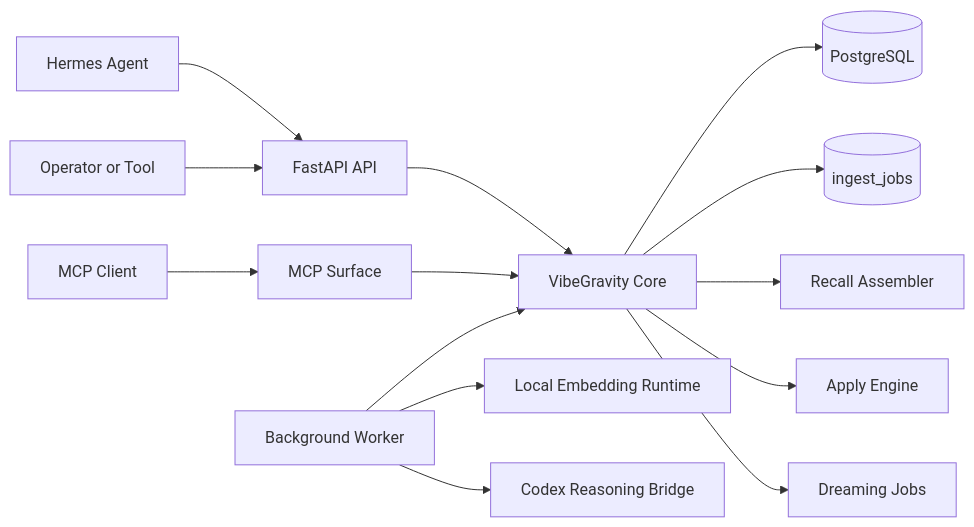
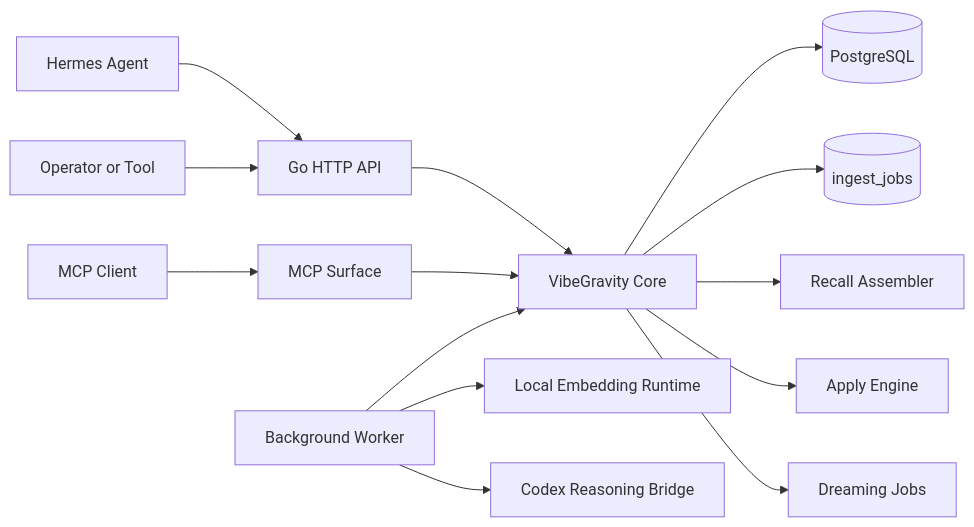
Before and after one commit to Parker-Jungwoo-Hwang/VibeGravity: the first of 3 diagrams in plans/03_target-architecture_codex-first.md, drawn with Mermaid. The commit also changed other lines of this file and 50 other files, not shown here.

Commit message:
feat: initialize core service architecture, domain models, database migrations, and project scaffolding

````diff
--- a/plans/03_target-architecture_codex-first.md
+++ b/plans/03_target-architecture_codex-first.md
@@ -7,20 +7,20 @@
 ```mermaid
 flowchart LR
-    Hermes[Hermes Agent] --> API[FastAPI API]
+    Hermes[Hermes Agent] --> API[Go HTTP API]
     MCPClient[MCP Client] --> MCP[MCP Surface]
     Operator[Operator or Tool] --> API
 
     API --> Core[VibeGravity Core]
     MCP --> Core
 
     Core --> PG[(PostgreSQL)]
     Core --> Queue[(ingest_jobs)]
 
     Worker[Background Worker] --> Core
     Worker --> Embedder[Local Embedding Runtime]
     Worker --> Codex[Codex Reasoning Bridge]
 
     Core --> Recall[Recall Assembler]
     Core --> Apply[Apply Engine]
     Core --> Dream[Dreaming Jobs]
 ```
````
